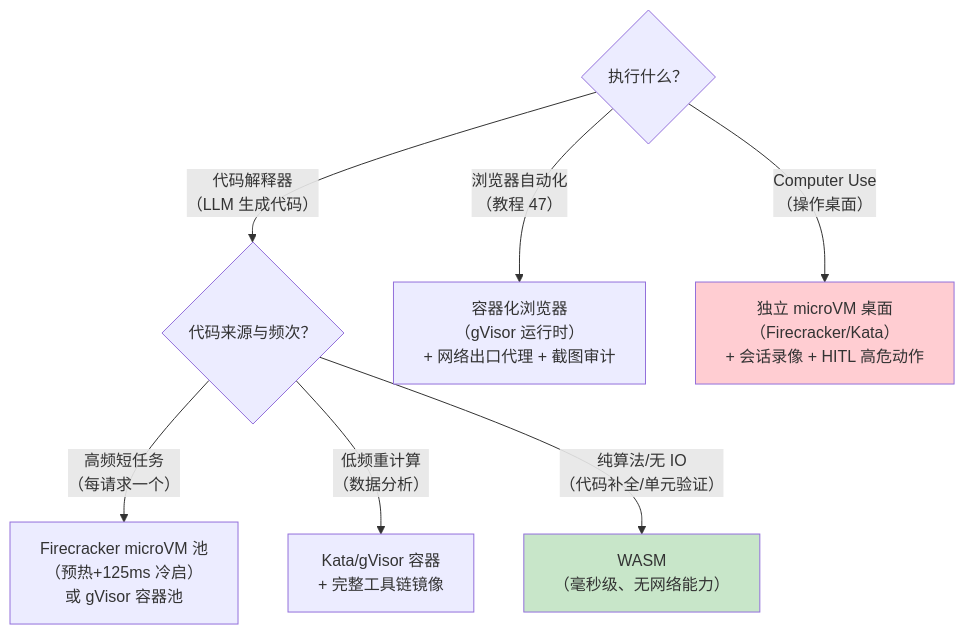
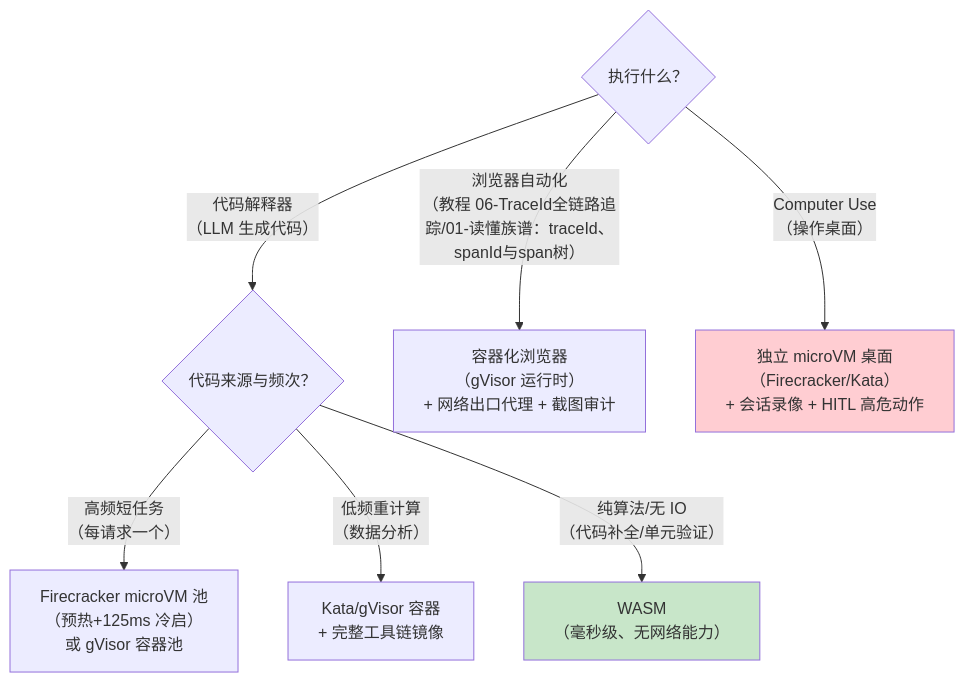
One commit to UranusGit/java-agent-learn changed the third of 3 diagrams in docs/附录/16-Agent沙箱与执行环境/00-沙箱技术对比与选型.md. Above: the diagram before and after it, drawn with Mermaid. The commit also changed other lines of this file and 634 other files, not shown here.

````diff
--- a/docs/附录/16-Agent沙箱与执行环境/00-沙箱技术对比与选型.md
+++ b/docs/附录/16-Agent沙箱与执行环境/00-沙箱技术对比与选型.md
@@ -69,13 +69,13 @@
 ```mermaid
 flowchart TD
     Q1{"执行什么？"}
     Q1 -->|"代码解释器<br/>（LLM 生成代码）"| C1{"代码来源与频次？"}
     C1 -->|"高频短任务<br/>（每请求一个）"| W1["Firecracker microVM 池<br/>（预热+125ms 冷启）<br/>或 gVisor 容器池"]
     C1 -->|"低频重计算<br/>（数据分析）"| W2["Kata/gVisor 容器<br/>+ 完整工具链镜像"]
     C1 -->|"纯算法/无 IO<br/>（代码补全/单元验证）"| W3["WASM<br/>（毫秒级、无网络能力）"]
-    Q1 -->|"浏览器自动化<br/>（教程 47）"| B1["容器化浏览器<br/>（gVisor 运行时）<br/>+ 网络出口代理 + 截图审计"]
+    Q1 -->|"浏览器自动化<br/>（教程 06-TraceId全链路追踪/01-读懂族谱：traceId、spanId与span树）"| B1["容器化浏览器<br/>（gVisor 运行时）<br/>+ 网络出口代理 + 截图审计"]
     Q1 -->|"Computer Use<br/>（操作桌面）"| CU["独立 microVM 桌面<br/>（Firecracker/Kata）<br/>+ 会话录像 + HITL 高危动作"]
 
     style W3 fill:#c8e6c9
     style CU fill:#ffcdd2
 ```
````
